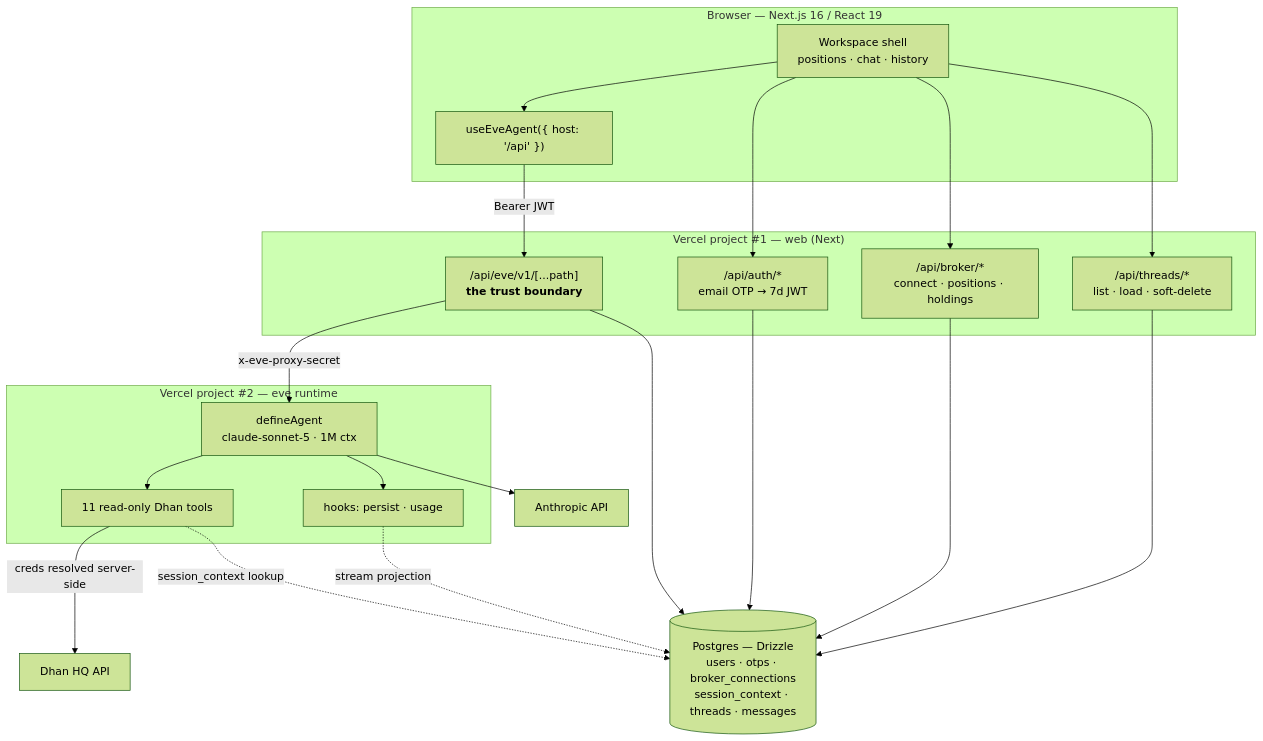
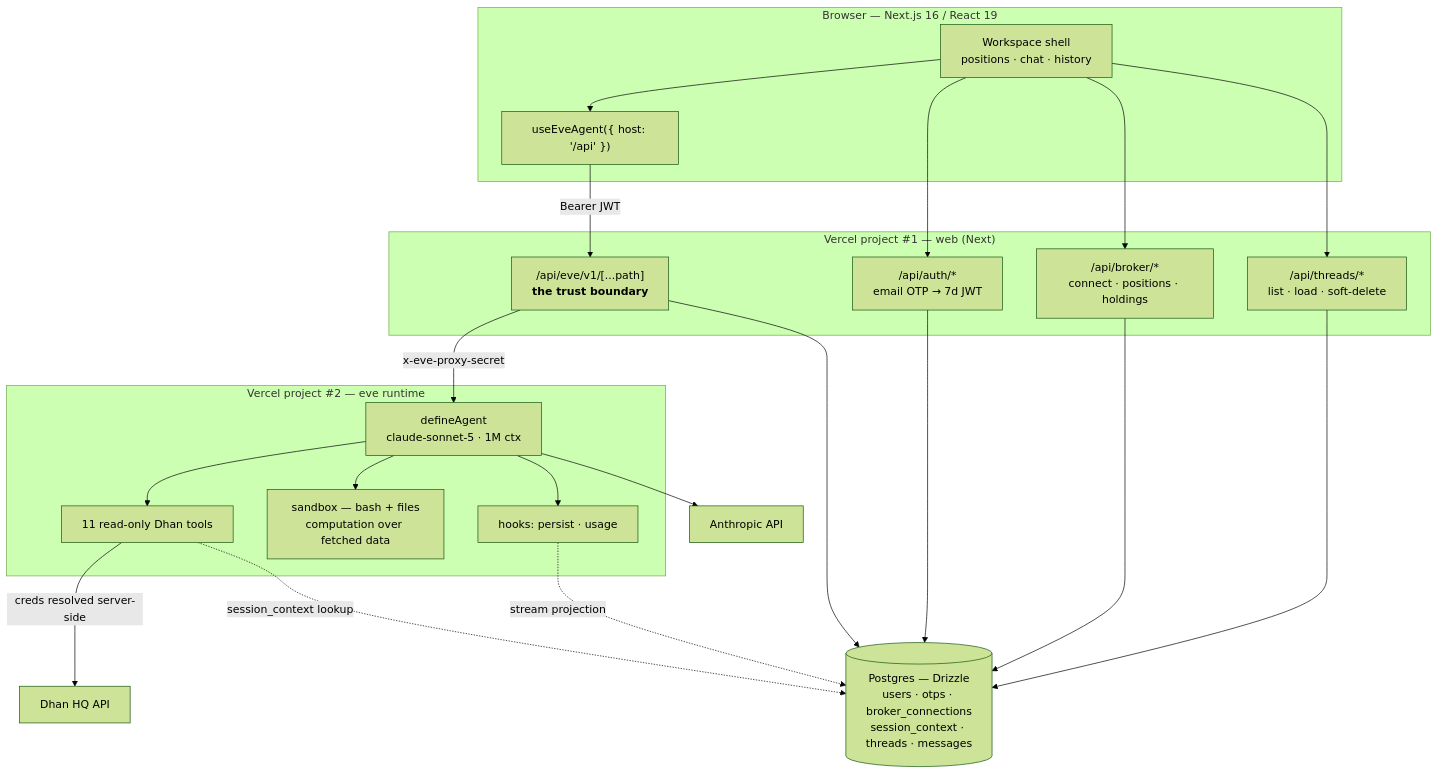
The first of 4 diagrams in README.md (MADHAN-CJ/zap-eve), drawn with Mermaid (forest theme) before and after one commit. The commit also changed other lines of this file, not shown here.

First line of the commit message:
README: document the agent sandbox as the anti-hallucination mechanism

````diff
--- a/README.md
+++ b/README.md
@@ -33,36 +33,38 @@
 ```mermaid
 flowchart TB
     subgraph browser["Browser — Next.js 16 / React 19"]
         UI["Workspace shell<br/>positions · chat · history"]
         HOOK["useEveAgent({ host: '/api' })"]
         UI --> HOOK
     end
 
     subgraph web["Vercel project #1 — web (Next)"]
         AUTH["/api/auth/*<br/>email OTP → 7d JWT"]
         BROKER["/api/broker/*<br/>connect · positions · holdings"]
         THREADS["/api/threads/*<br/>list · load · soft-delete"]
         PROXY["/api/eve/v1/[...path]<br/><b>the trust boundary</b>"]
     end
 
     subgraph runtime["Vercel project #2 — eve runtime"]
         AGENT["defineAgent<br/>claude-sonnet-5 · 1M ctx"]
         TOOLS["11 read-only Dhan tools"]
+        BOX["sandbox — bash + files<br/>computation over fetched data"]
         HOOKS["hooks: persist · usage"]
         AGENT --> TOOLS
+        AGENT --> BOX
         AGENT --> HOOKS
     end
 
     DB[("Postgres — Drizzle<br/>users · otps · broker_connections<br/>session_context · threads · messages")]
     DHAN["Dhan HQ API"]
     ANTHROPIC["Anthropic API"]
 
     HOOK -->|"Bearer JWT"| PROXY
     UI --> AUTH & BROKER & THREADS
     PROXY -->|"x-eve-proxy-secret"| AGENT
     AGENT --> ANTHROPIC
     TOOLS -->|"creds resolved server-side"| DHAN
     AUTH & BROKER & THREADS & PROXY --> DB
     TOOLS -.->|"session_context lookup"| DB
     HOOKS -.->|"stream projection"| DB
 ```
````
